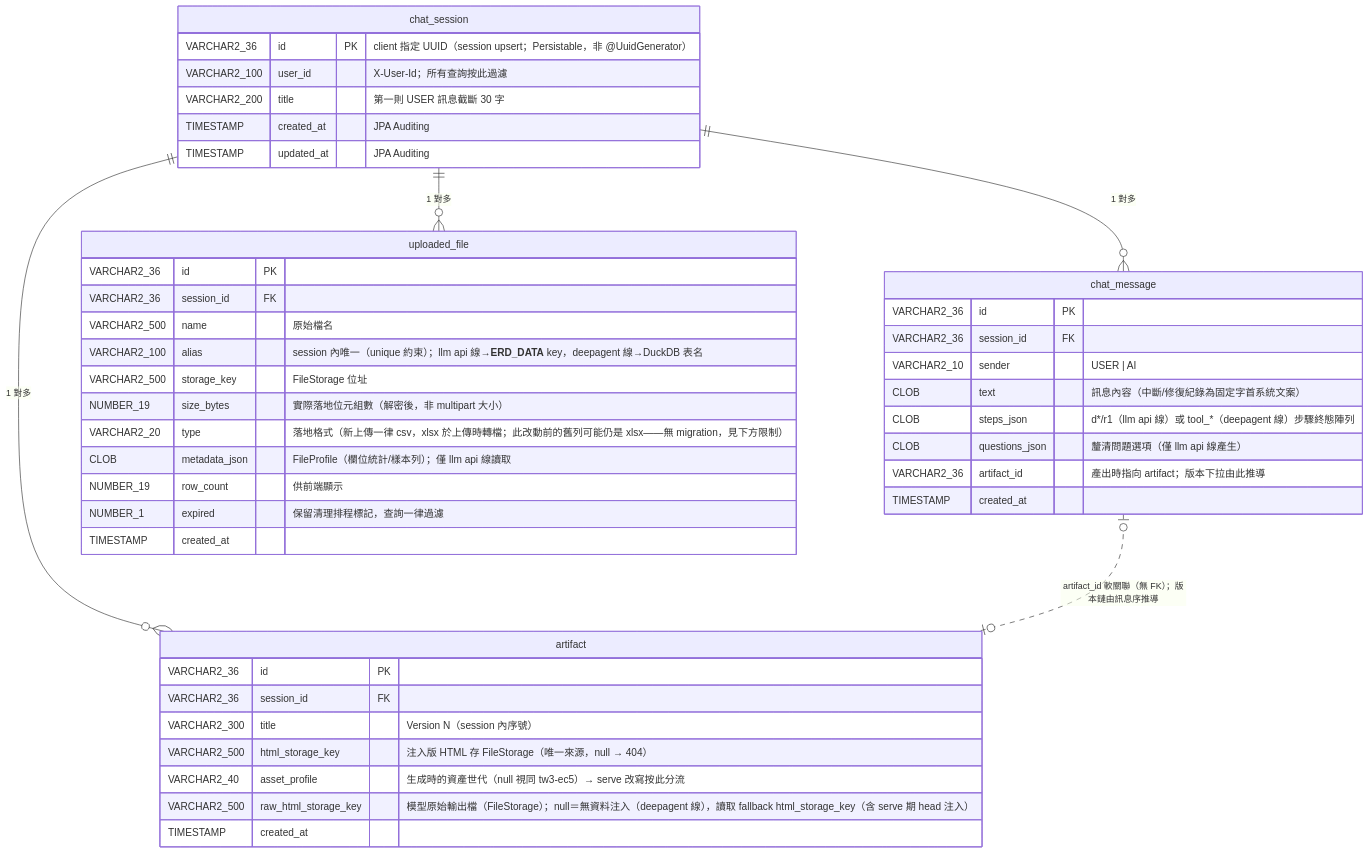
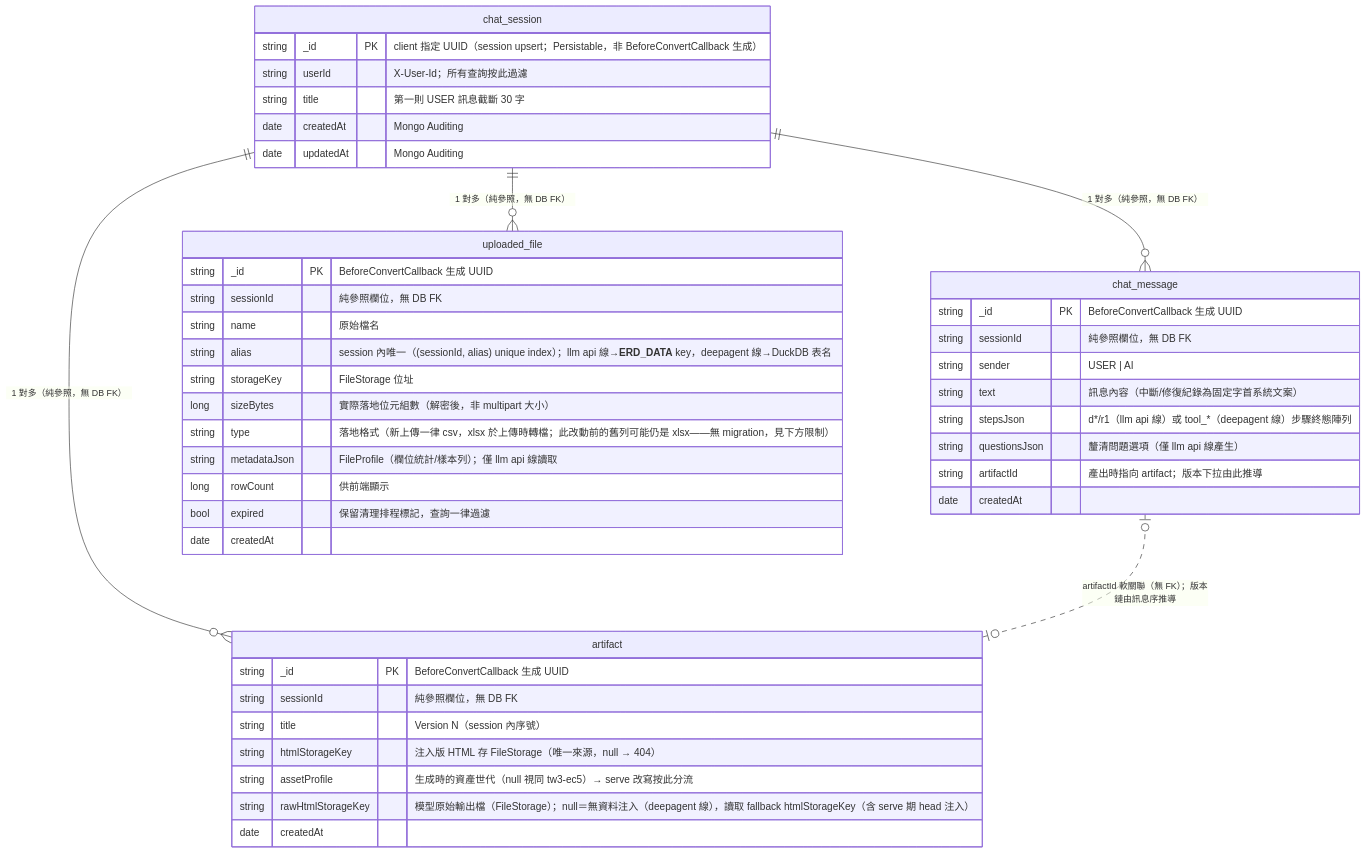
One commit to Michelle12369/cowork changed the fourth of 4 diagrams in docs/architecture.md. Above: the diagram before and after it, drawn with Mermaid. The commit also changed other lines of this file and 4 other files, not shown here.

Commit message:
feat(infra): compose oracle 換 mongo:7 standalone + README/architecture/CLAUDE 同步

````diff
--- a/docs/architecture.md
+++ b/docs/architecture.md
@@ -445,47 +459,47 @@
 ```mermaid
 erDiagram
-    chat_session ||--o{ chat_message : "1 對多"
-    chat_session ||--o{ uploaded_file : "1 對多"
-    chat_session ||--o{ artifact : "1 對多"
-    chat_message |o..o| artifact : "artifact_id 軟關聯（無 FK）；版本鏈由訊息序推導"
+    chat_session ||--o{ chat_message : "1 對多（純參照，無 DB FK）"
+    chat_session ||--o{ uploaded_file : "1 對多（純參照，無 DB FK）"
+    chat_session ||--o{ artifact : "1 對多（純參照，無 DB FK）"
+    chat_message |o..o| artifact : "artifactId 軟關聯（無 FK）；版本鏈由訊息序推導"
 
     chat_session {
-        VARCHAR2_36 id PK "client 指定 UUID（session upsert；Persistable，非 @UuidGenerator）"
-        VARCHAR2_100 user_id "X-User-Id；所有查詢按此過濾"
-        VARCHAR2_200 title "第一則 USER 訊息截斷 30 字"
-        TIMESTAMP created_at "JPA Auditing"
-        TIMESTAMP updated_at "JPA Auditing"
+        string _id PK "client 指定 UUID（session upsert；Persistable，非 BeforeConvertCallback 生成）"
+        string userId "X-User-Id；所有查詢按此過濾"
+        string title "第一則 USER 訊息截斷 30 字"
+        date createdAt "Mongo Auditing"
+        date updatedAt "Mongo Auditing"
     }
     chat_message {
-        VARCHAR2_36 id PK
-        VARCHAR2_36 session_id FK
-        VARCHAR2_10 sender "USER | AI"
-        CLOB text "訊息內容（中斷/修復紀錄為固定字首系統文案）"
-        CLOB steps_json "d*/r1（llm api 線）或 tool_*（deepagent 線）步驟終態陣列"
-        CLOB questions_json "釐清問題選項（僅 llm api 線產生）"
-        VARCHAR2_36 artifact_id "產出時指向 artifact；版本下拉由此推導"
-        TIMESTAMP created_at
+        string _id PK "BeforeConvertCallback 生成 UUID"
+        string sessionId "純參照欄位，無 DB FK"
+        string sender "USER | AI"
+        string text "訊息內容（中斷/修復紀錄為固定字首系統文案）"
+        string stepsJson "d*/r1（llm api 線）或 tool_*（deepagent 線）步驟終態陣列"
+        string questionsJson "釐清問題選項（僅 llm api 線產生）"
+        string artifactId "產出時指向 artifact；版本下拉由此推導"
+        date createdAt
     }
     uploaded_file {
-        VARCHAR2_36 id PK
-        VARCHAR2_36 session_id FK
-        VARCHAR2_500 name "原始檔名"
-        VARCHAR2_100 alias "session 內唯一（unique 約束）；llm api 線→__ERD_DATA__ key，deepagent 線→DuckDB 表名"
-        VARCHAR2_500 storage_key "FileStorage 位址"
-        NUMBER_19 size_bytes "實際落地位元組數（解密後，非 multipart 大小）"
-        VARCHAR2_20 type "落地格式（新上傳一律 csv，xlsx 於上傳時轉檔；此改動前的舊列可能仍是 xlsx——無 migration，見下方限制）"
-        CLOB metadata_json "FileProfile（欄位統計/樣本列）；僅 llm api 線讀取"
-        NUMBER_19 row_count "供前端顯示"
-        NUMBER_1 expired "保留清理排程標記，查詢一律過濾"
-        TIMESTAMP created_at
+        string _id PK "BeforeConvertCallback 生成 UUID"
+        string sessionId "純參照欄位，無 DB FK"
+        string name "原始檔名"
+        string alias "session 內唯一（(sessionId, alias) unique index）；llm api 線→__ERD_DATA__ key，deepagent 線→DuckDB 表名"
+        string storageKey "FileStorage 位址"
+        long sizeBytes "實際落地位元組數（解密後，非 multipart 大小）"
+        string type "落地格式（新上傳一律 csv，xlsx 於上傳時轉檔；此改動前的舊列可能仍是 xlsx——無 migration，見下方限制）"
+        string metadataJson "FileProfile（欄位統計/樣本列）；僅 llm api 線讀取"
+        long rowCount "供前端顯示"
+        bool expired "保留清理排程標記，查詢一律過濾"
+        date createdAt
     }
     artifact {
-        VARCHAR2_36 id PK
-        VARCHAR2_36 session_id FK
-        VARCHAR2_300 title "Version N（session 內序號）"
-        VARCHAR2_500 html_storage_key "注入版 HTML 存 FileStorage（唯一來源，null → 404）"
-        VARCHAR2_40 asset_profile "生成時的資產世代（null 視同 tw3-ec5）→ serve 改寫按此分流"
-        VARCHAR2_500 raw_html_storage_key "模型原始輸出檔（FileStorage）；null＝無資料注入（deepagent 線），讀取 fallback html_storage_key（含 serve 期 head 注入）"
-        TIMESTAMP created_at
+        string _id PK "BeforeConvertCallback 生成 UUID"
+        string sessionId "純參照欄位，無 DB FK"
+        string title "Version N（session 內序號）"
+        string htmlStorageKey "注入版 HTML 存 FileStorage（唯一來源，null → 404）"
+        string assetProfile "生成時的資產世代（null 視同 tw3-ec5）→ serve 改寫按此分流"
+        string rawHtmlStorageKey "模型原始輸出檔（FileStorage）；null＝無資料注入（deepagent 線），讀取 fallback htmlStorageKey（含 serve 期 head 注入）"
+        date createdAt
     }
 ```
````
